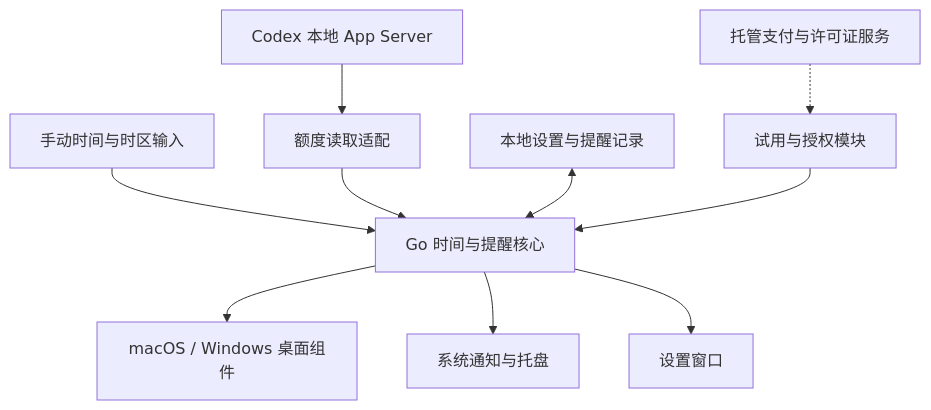
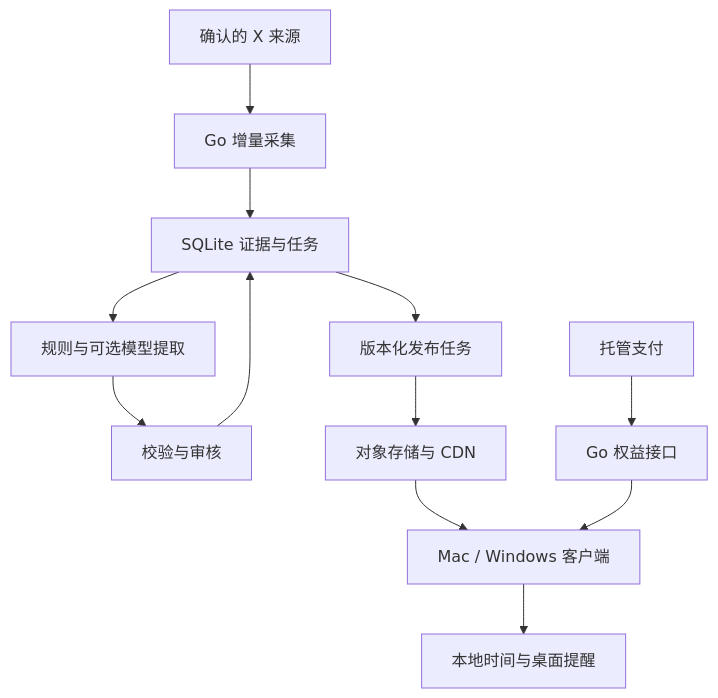
One commit to shopable-ai/opendesk changed the diagram in docs/plans/desktop-reset-clock.md. Above: the diagram before and after it, drawn with Mermaid. The commit also changed other lines of this file and 2 other files, not shown here.

````diff
--- a/docs/plans/desktop-reset-clock.md
+++ b/docs/plans/desktop-reset-clock.md
@@ -163,12 +181,14 @@
-```mermaid
+~~~mermaid
 flowchart TD
-    C["Codex 本地 App Server"] --> A["额度读取适配"]
-    M["手动时间与时区输入"] --> G["Go 时间与提醒核心"]
-    A --> G
-    S["本地设置与提醒记录"] <--> G
-    G --> D["macOS / Windows 桌面组件"]
-    G --> N["系统通知与托盘"]
-    G --> W["设置窗口"]
-    E["试用与授权模块"] --> G
-    P["托管支付与许可证服务"] -.-> E
-```
+    X["确认的 X 来源"] --> C["Go 增量采集"]
+    C --> S["SQLite 证据与任务"]
+    S --> E["规则与可选模型提取"]
+    E --> V["校验与审核"]
+    V --> S
+    S --> P["版本化发布任务"]
+    P --> F["对象存储与 CDN"]
+    F --> D["Mac / Windows 客户端"]
+    D --> T["本地时间与桌面提醒"]
+    B["托管支付"] --> A["Go 权益接口"]
+    A --> D
+~~~
````
